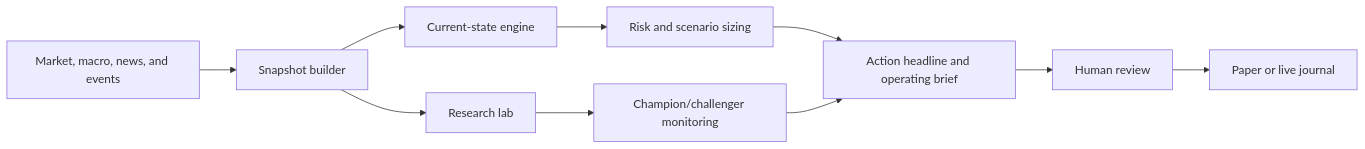
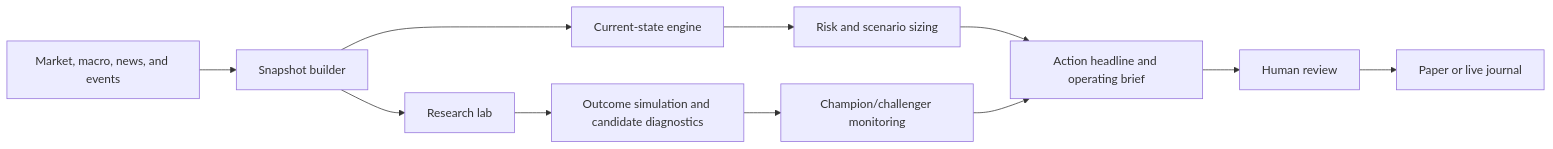
Before and after one commit to Jbultema/trade-bot: the first of 2 diagrams in README.md, drawn with Mermaid. The commit also changed other lines of this file and 12 other files, not shown here.

````diff
--- a/README.md
+++ b/README.md
@@ -65,12 +62,13 @@
 ```mermaid
 flowchart LR
     A[Market, macro, news, and events] --> B[Snapshot builder]
     B --> C[Current-state engine]
     C --> D[Risk and scenario sizing]
     D --> E[Action headline and operating brief]
     E --> F[Human review]
     F --> G[Paper or live journal]
     B --> H[Research lab]
-    H --> I[Champion/challenger monitoring]
-    I --> E
+    H --> I[Outcome simulation and candidate diagnostics]
+    I --> J[Champion/challenger monitoring]
+    J --> E
 ```
````
